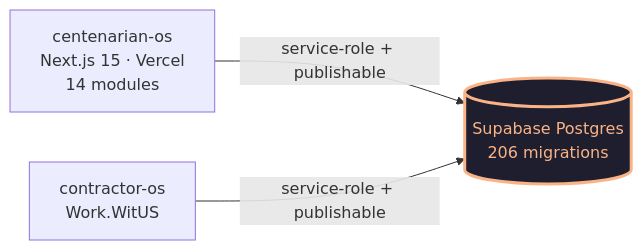
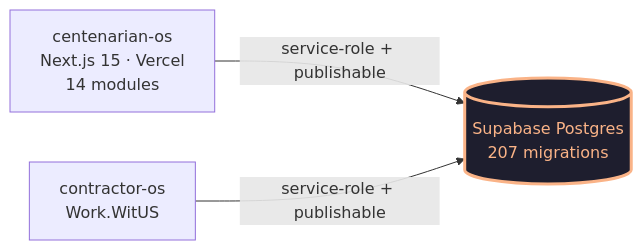
The diagram in README.md (dapperAuteur/centenarian-os), drawn with Mermaid before and after one commit. The commit also changed other lines of this file and 5 other files, not shown here.

````diff
--- a/README.md
+++ b/README.md
@@ -27,12 +27,12 @@
 ```mermaid
 flowchart LR
   classDef shared fill:#1e1e2e,stroke:#fab387,color:#fab387,stroke-width:3px
   classDef external fill:#11111b,stroke:#a6adc8,color:#a6adc8
 
   CentOS[centenarian-os<br/>Next.js 15 · Vercel<br/>14 modules]
   Contractor[contractor-os<br/>Work.WitUS]
-  DB[(Supabase Postgres<br/>206 migrations)]:::shared
+  DB[(Supabase Postgres<br/>207 migrations)]:::shared
 
   CentOS -->|service-role + publishable| DB
   Contractor -->|service-role + publishable| DB
 ```
````
